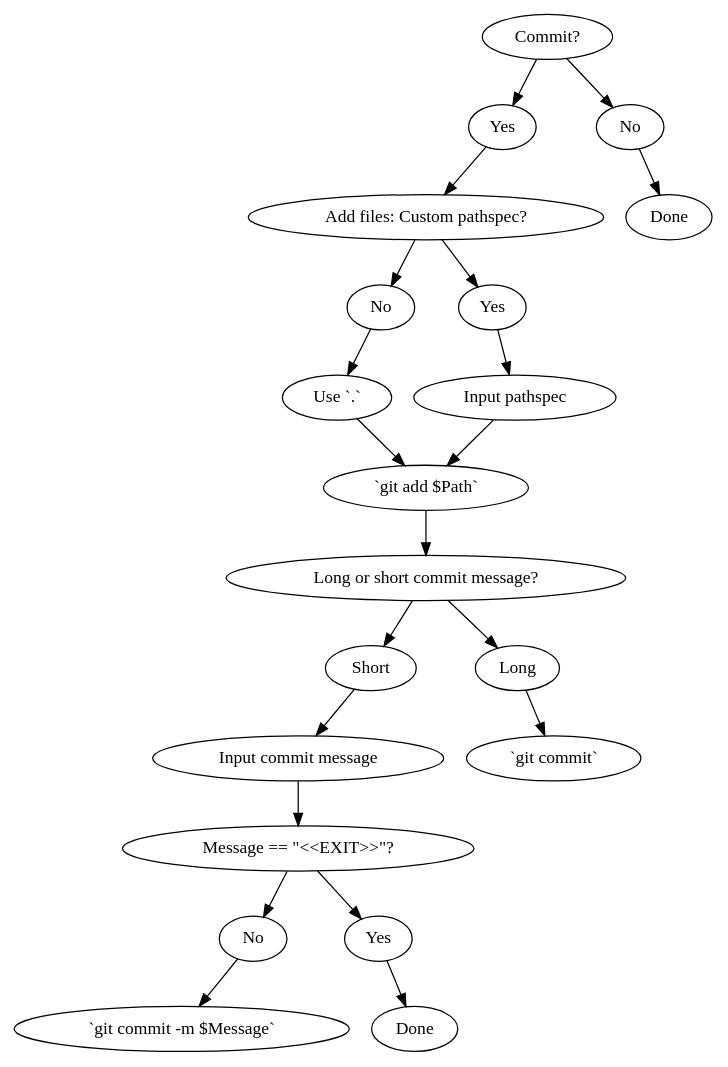
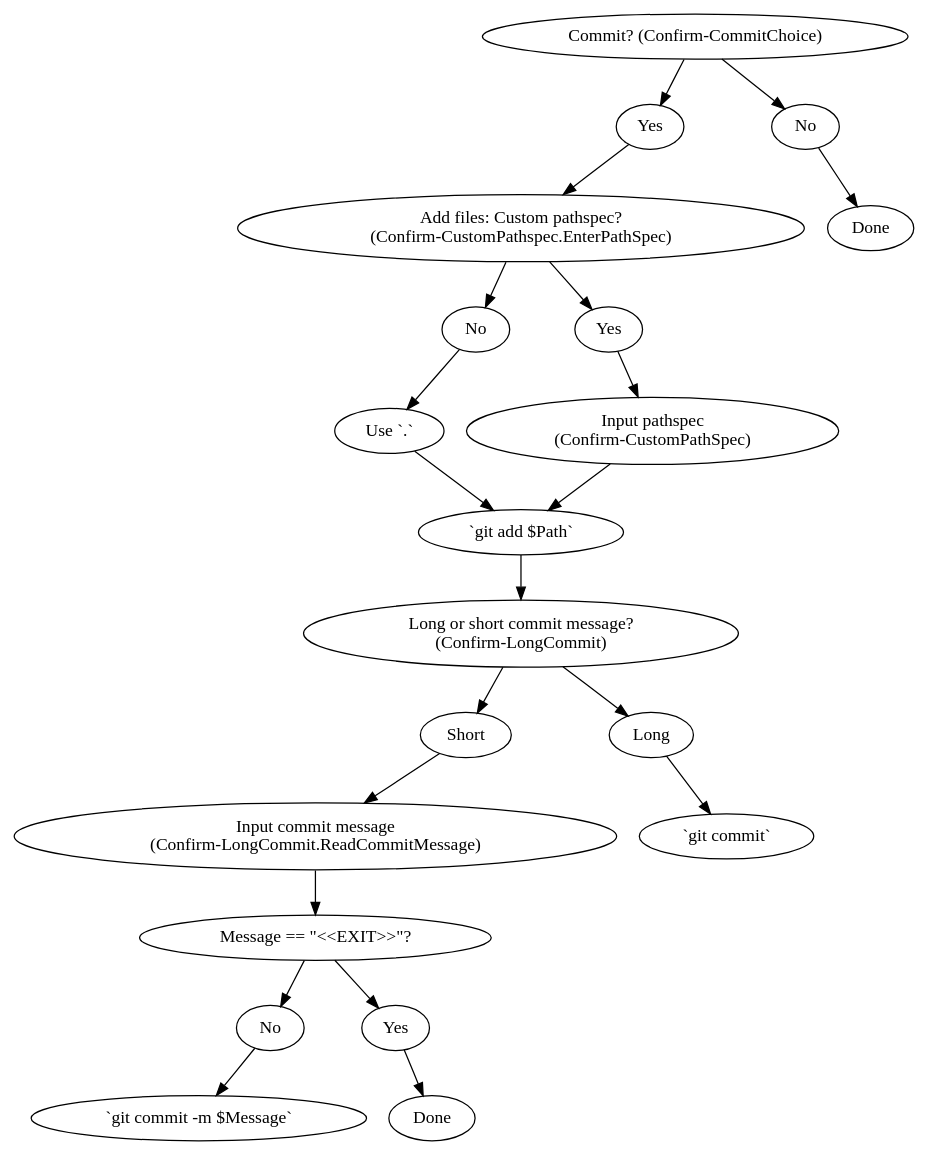
Before and after one commit to 9999years/Update-GitRepos: the diagram in flow.dot, drawn with Graphviz. The commit also changed 4 other files, not shown here.

Commit message:
Worked on the graph (added function names), added a message for blank $GitRepos, renamed spurious Pathspec's to PathSpec

```diff
--- a/flow.dot
+++ b/flow.dot
@@ -1,37 +1,37 @@
 digraph programflow {
 	/*
 	I've tried to make this as readable as possible, but have probably failed.
 	The "main" vertical column is represented as the first line of content, with other off-shoots on later lines.
 	*/
 	
 	commit -> commit_yes -> custom_pathspec -> pathspec_no -> use_dot -> git_add -> commit_length -> length_short -> input_message -> message_exit -> message_no -> git_commit_m
 
 	commit -> commit_no -> commit_done
 
 	custom_pathspec -> pathspec_yes -> input_pathspec -> git_add
 
 	commit_length -> length_long -> git_commit
 
 	message_exit -> message_yes -> message_done
 
+	commit [label="Commit? (Confirm-CommitChoice)"]
+	commit_no [label="No"]
+	commit_yes [label="Yes"]
 	commit_done [label="Done"]
 	pathspec_yes [label="Yes"]
 	pathspec_no [label="No"]
-	commit [label="Commit?"]
-	commit_no [label="No"]
-	commit_yes [label="Yes"]
-	custom_pathspec [label="Add files: Custom pathspec?"]
+	custom_pathspec [label="Add files: Custom pathspec?\n(Confirm-CustomPathspec.EnterPathSpec)"]
 	use_dot [label="Use `.`"]
-	input_pathspec [label="Input pathspec"]
+	input_pathspec [label="Input pathspec\n(Confirm-CustomPathSpec)"]
 	git_add [label="`git add $Path`"]
 	git_commit [label="`git commit`"]
 	git_commit_m [label="`git commit -m $Message`"]
-	commit_length [label="Long or short commit message?"]
+	commit_length [label="Long or short commit message?\n(Confirm-LongCommit)"]
 	length_long [label="Long"]
 	length_short [label="Short"]
-	input_message [label="Input commit message"]
+	input_message [label="Input commit message\n(Confirm-LongCommit.ReadCommitMessage)"]
 	message_exit [label="Message == \"<<EXIT>>\"?"]
 	message_no [label="No"]
 	message_yes [label="Yes"]
 	message_done [label="Done"]
 }
```
